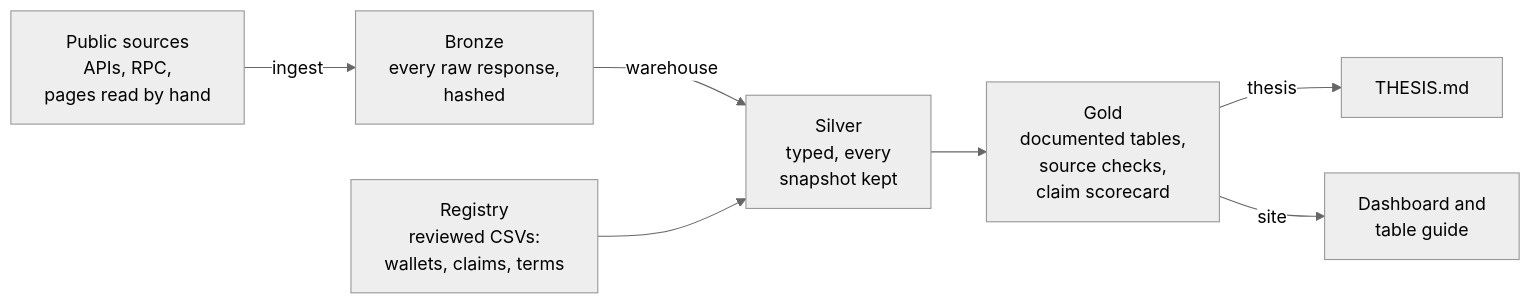
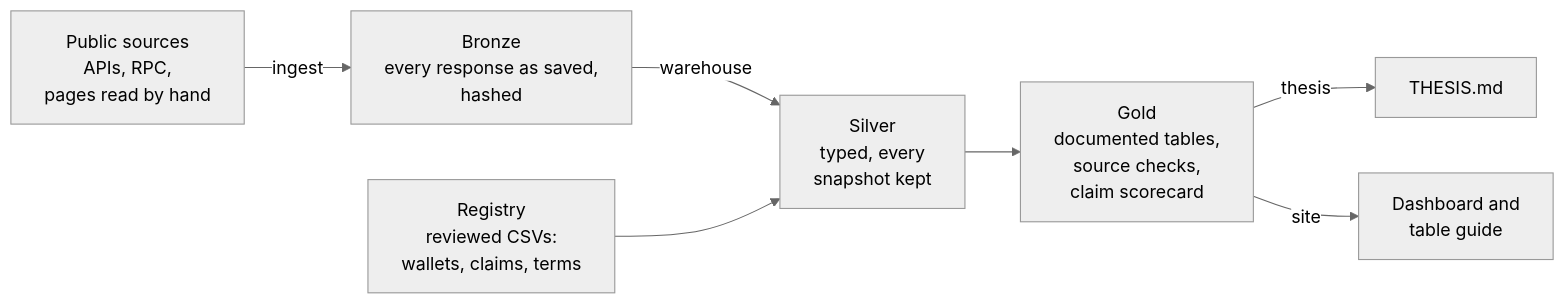
Before and after one commit to mojtb/near-hub: the diagram in README.md, drawn with Mermaid (neutral theme). The commit also changed other lines of this file and 161 other files, not shown here.

````diff
--- a/README.md
+++ b/README.md
@@ -97,9 +97,9 @@
 ```mermaid
 flowchart LR
-    S["Public sources<br/>APIs, RPC,<br/>pages read by hand"] -->|ingest| B["Bronze<br/>every raw response,<br/>hashed"]
+    S["Public sources<br/>APIs, RPC,<br/>pages read by hand"] -->|ingest| B["Bronze<br/>every response as saved,<br/>hashed"]
     B -->|warehouse| V["Silver<br/>typed, every<br/>snapshot kept"]
     R["Registry<br/>reviewed CSVs:<br/>wallets, claims, terms"] --> V
     V --> G["Gold<br/>documented tables,<br/>source checks,<br/>claim scorecard"]
     G -->|thesis| T["THESIS.md"]
     G -->|site| D["Dashboard and<br/>table guide"]
 ```
````
